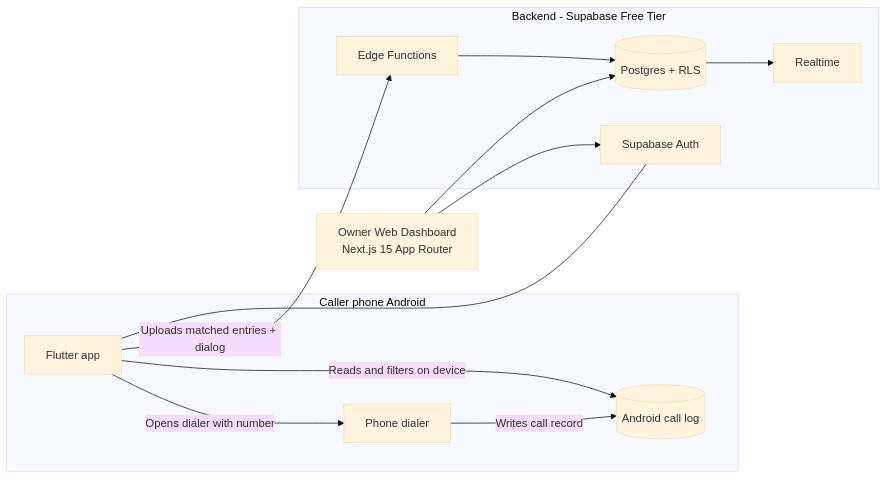
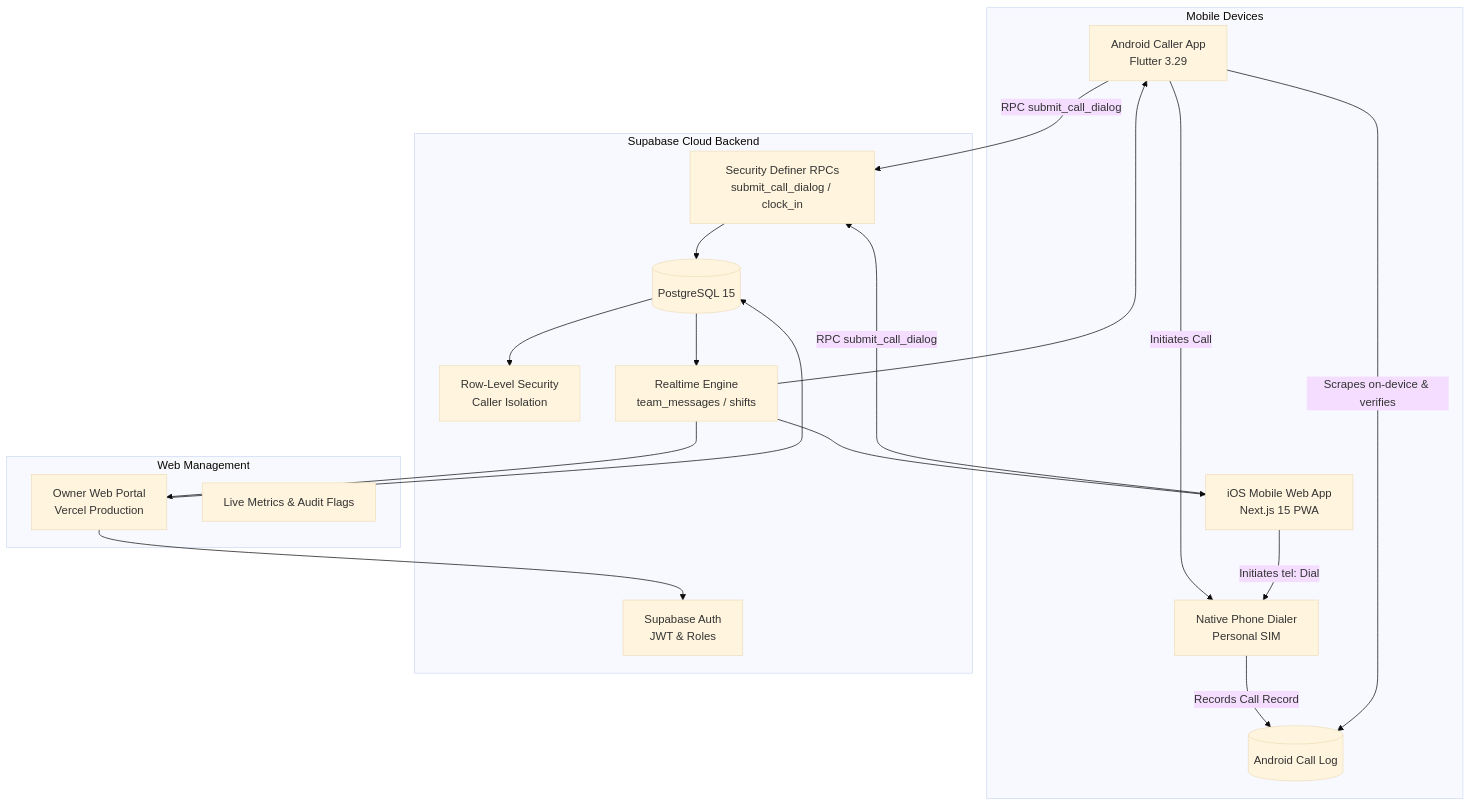
The diagram in README.md (ekanth14/call-tracker-for-orvyq-media), drawn with Mermaid (base theme) before and after one commit. The commit also changed other lines of this file and 14 other files, not shown here.

Commit message:
docs: add visual screenshots, UI walkthrough gallery, and system architecture to README

````diff
--- a/README.md
+++ b/README.md
@@ -11,27 +59,37 @@
 ```mermaid
-flowchart LR
-    subgraph Caller phone Android
-        APP[Flutter app]
-        DIAL[Phone dialer]
-        LOG[(Android call log)]
+flowchart TD
+    subgraph Mobile Devices
+        AND[Android Caller App<br/>Flutter 3.29]
+        IOS[iOS Mobile Web App<br/>Next.js 15 PWA]
+        DIAL[Native Phone Dialer<br/>Personal SIM]
+        LOG[(Android Call Log)]
     end
 
-    subgraph Backend - Supabase Free Tier
-        AUTH[Supabase Auth]
-        DB[(Postgres + RLS)]
-        RT[Realtime]
-        EF[Edge Functions]
+    subgraph Supabase Cloud Backend
+        AUTH[Supabase Auth<br/>JWT & Roles]
+        DB[(PostgreSQL 15)]
+        RLS[Row-Level Security<br/>Caller Isolation]
+        RPC[Security Definer RPCs<br/>submit_call_dialog / clock_in]
+        RT[Realtime Engine<br/>team_messages / shifts]
     end
 
-    OWNER[Owner Web Dashboard<br/>Next.js 15 App Router]
+    subgraph Web Management
+        WEB[Owner Web Portal<br/>Vercel Production]
+        DASH[Live Metrics & Audit Flags]
+    end
 
-    APP -->|Opens dialer with number| DIAL
-    DIAL -->|Writes call record| LOG
-    APP -->|Reads and filters on device| LOG
-    APP -->|Uploads matched entries + dialog| EF
-    EF --> DB
+    AND -->|Initiates Call| DIAL
+    IOS -->|Initiates tel: Dial| DIAL
+    DIAL -->|Records Call Record| LOG
+    AND -->|Scrapes on-device & verifies| LOG
+    AND -->|RPC submit_call_dialog| RPC
+    IOS -->|RPC submit_call_dialog| RPC
+    RPC --> DB
+    DB --> RLS
     DB --> RT
-    OWNER --> AUTH
-    OWNER --> DB
-    APP --- AUTH
+    RT --> AND
+    RT --> IOS
+    RT --> WEB
+    WEB --> AUTH
+    WEB --> DB
 ```
````
